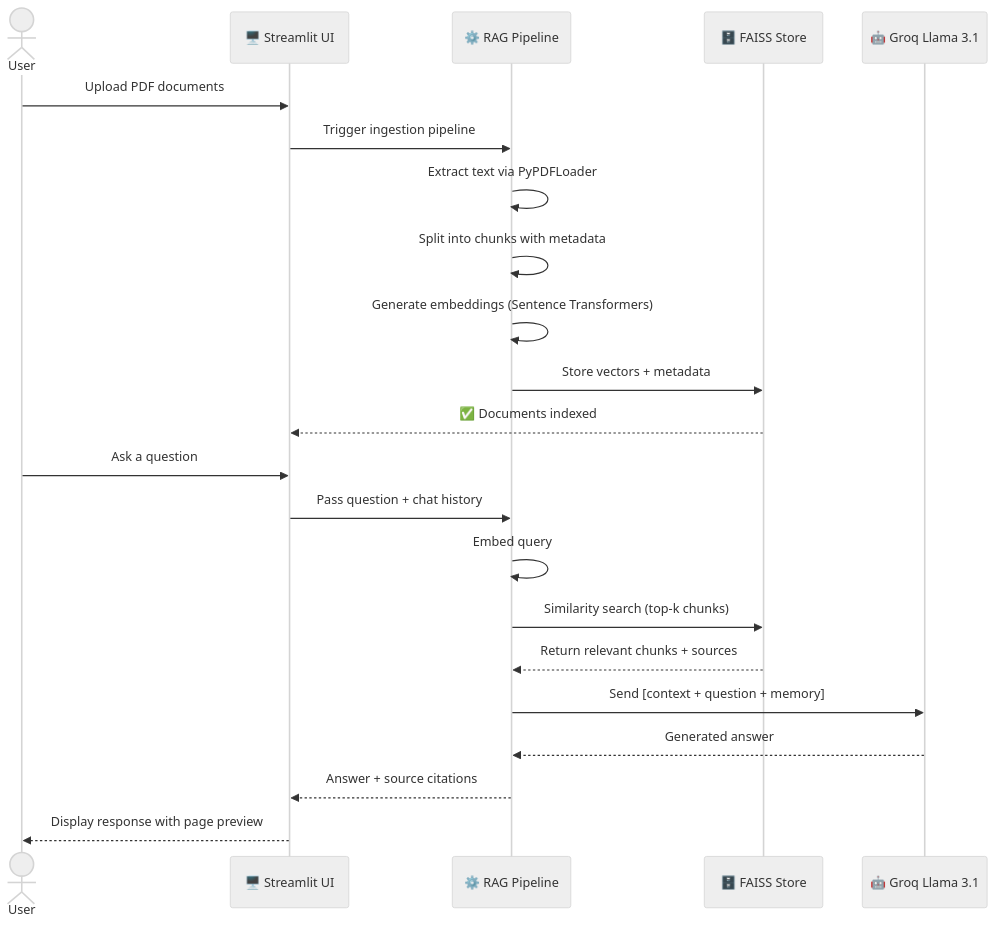
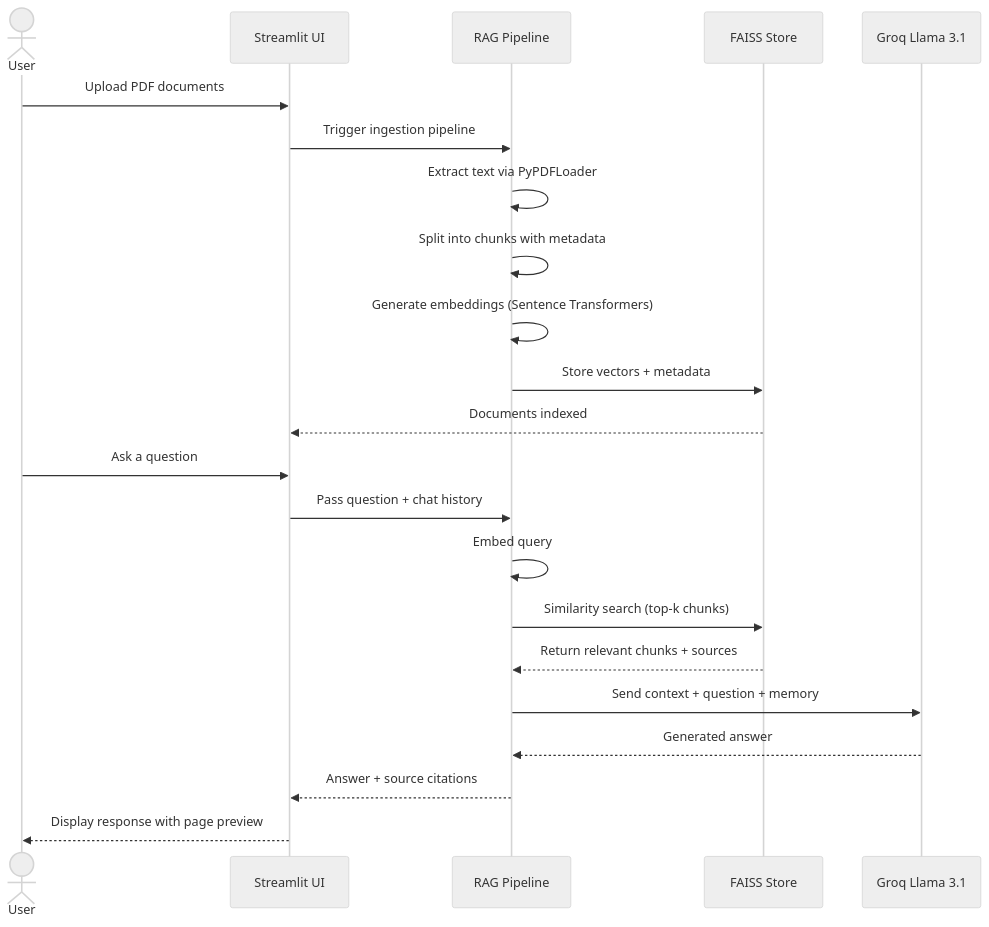
Before and after one commit to dipsitarout/AI-PDF-ASSISANT: the second of 2 diagrams in README.md, drawn with Mermaid (neutral theme). The commit also changed other lines of this file, not shown here.

````diff
--- a/README.md
+++ b/README.md
@@ -86,26 +81,26 @@
 ```mermaid
 sequenceDiagram
     actor User
-    participant UI as 🖥️ Streamlit UI
-    participant RAG as ⚙️ RAG Pipeline
-    participant FAISS as 🗄️ FAISS Store
-    participant LLM as 🤖 Groq Llama 3.1
+    participant UI as Streamlit UI
+    participant RAG as RAG Pipeline
+    participant FAISS as FAISS Store
+    participant LLM as Groq Llama 3.1
 
     User->>UI: Upload PDF documents
     UI->>RAG: Trigger ingestion pipeline
     RAG->>RAG: Extract text via PyPDFLoader
     RAG->>RAG: Split into chunks with metadata
     RAG->>RAG: Generate embeddings (Sentence Transformers)
     RAG->>FAISS: Store vectors + metadata
-    FAISS-->>UI: ✅ Documents indexed
+    FAISS-->>UI: Documents indexed
 
     User->>UI: Ask a question
     UI->>RAG: Pass question + chat history
     RAG->>RAG: Embed query
     RAG->>FAISS: Similarity search (top-k chunks)
     FAISS-->>RAG: Return relevant chunks + sources
-    RAG->>LLM: Send [context + question + memory]
+    RAG->>LLM: Send context + question + memory
     LLM-->>RAG: Generated answer
     RAG-->>UI: Answer + source citations
     UI-->>User: Display response with page preview
 ```
````
